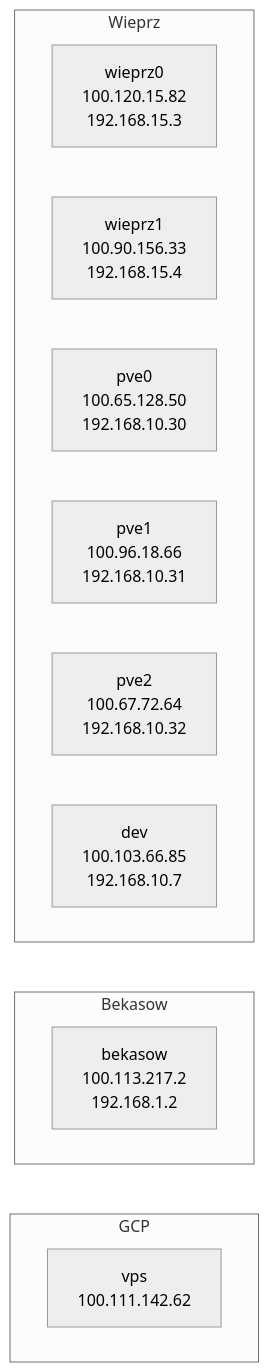
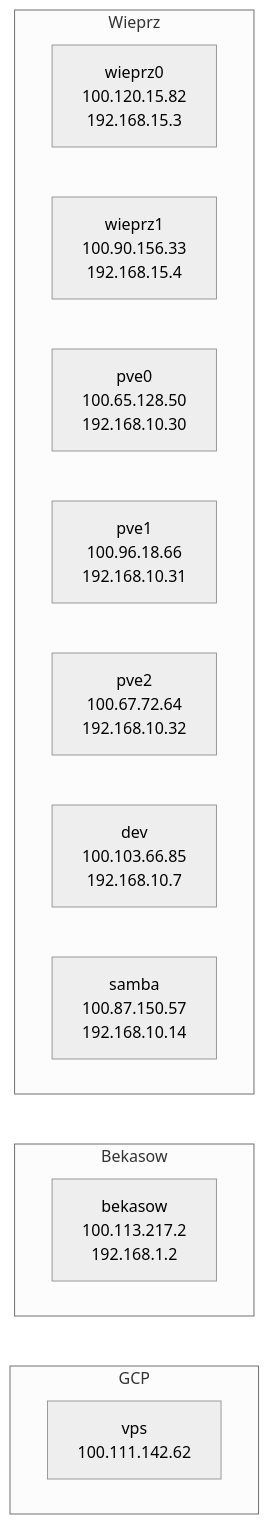
Before and after one commit to mkuthan/homelab-public: the diagram in docs/network.md, drawn with Mermaid (neutral theme). The commit also changed other lines of this file and 9 other files, not shown here.

````diff
--- a/docs/network.md
+++ b/docs/network.md
@@ -7,21 +7,22 @@
 ```mermaid
 flowchart TD
     subgraph Wieprz
         WIEPRZ0[wieprz0 <br> 100.120.15.82 <br> 192.168.15.3]
         WIEPRZ1[wieprz1 <br> 100.90.156.33 <br> 192.168.15.4]
         PVE0[pve0 <br> 100.65.128.50 <br> 192.168.10.30]
         PVE1[pve1 <br> 100.96.18.66 <br> 192.168.10.31]
         PVE2[pve2 <br> 100.67.72.64 <br> 192.168.10.32]
         DEV[dev <br> 100.103.66.85 <br> 192.168.10.7] 
+        SAMBA[samba <br> 100.87.150.57 <br> 192.168.10.14]
     end
 
     subgraph Bekasow
         BEKASOW[bekasow <br> 100.113.217.2 <br> 192.168.1.2]
     end
     
     subgraph GCP
         VPS[vps <br> 100.111.142.62]
     end
 
     Wieprz ~~~ Bekasow ~~~GCP
 ```
````
